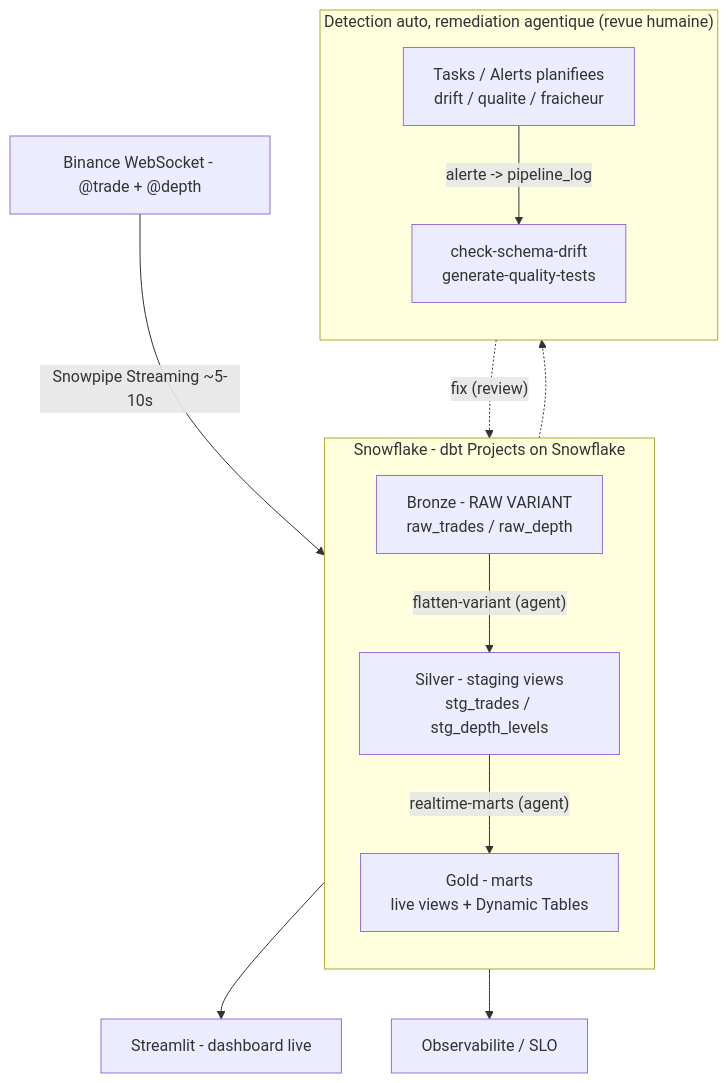
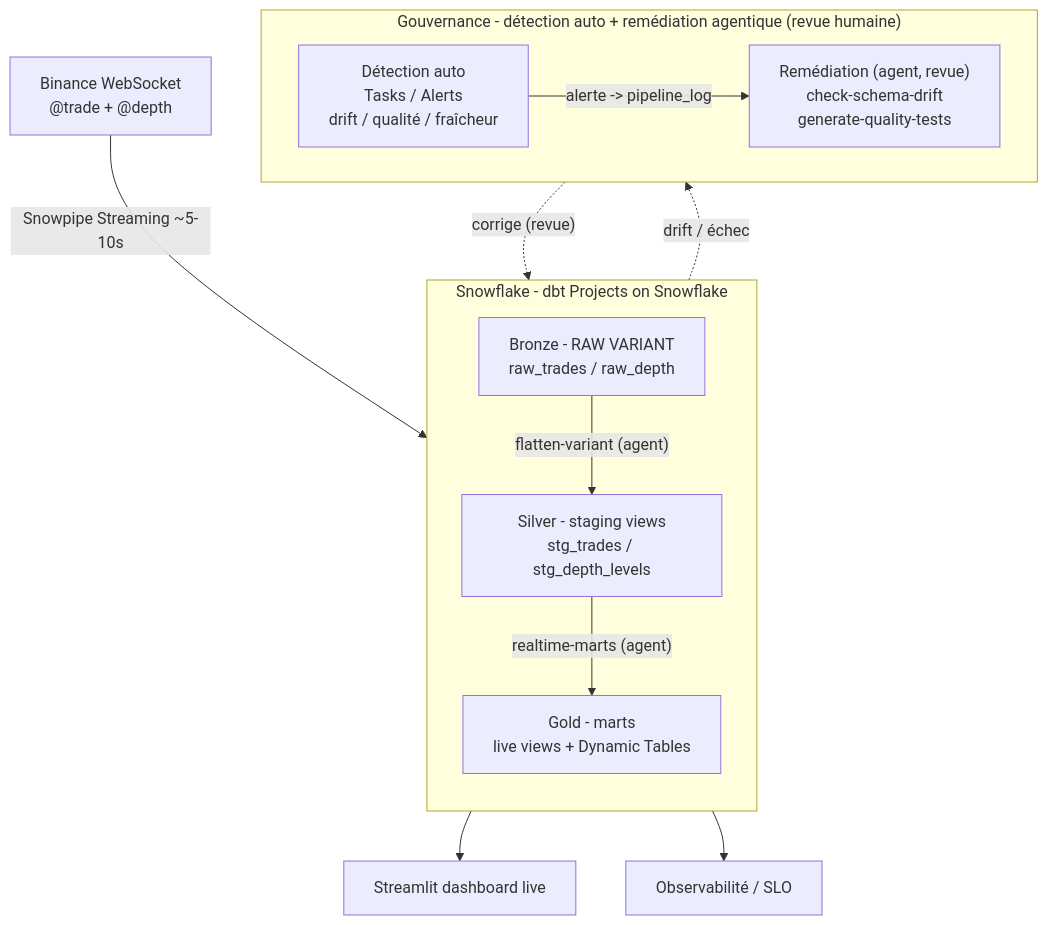
The diagram in README.md (Mo-oM-1/crypto-realtime-snowflake), drawn with Mermaid before and after one commit.

Commit message:
docs: diagramme - accents restaurés, cohérence du nommage

````diff
--- a/README.md
+++ b/README.md
@@ -32,23 +32,25 @@
 ```mermaid
 flowchart TB
-    BWS["Binance WebSocket - @trade + @depth"]
+    BWS["Binance WebSocket<br/>@trade + @depth"]
     BWS -->|"Snowpipe Streaming ~5-10s"| RAW
+
     subgraph SF["Snowflake - dbt Projects on Snowflake"]
         direction TB
         RAW["Bronze - RAW VARIANT<br/>raw_trades / raw_depth"]
         STG["Silver - staging views<br/>stg_trades / stg_depth_levels"]
         MARTS["Gold - marts<br/>live views + Dynamic Tables"]
         RAW -->|"flatten-variant (agent)"| STG
         STG -->|"realtime-marts (agent)"| MARTS
     end
-    MARTS --> DASH["Streamlit - dashboard live"]
-    MARTS --> OBS["Observabilite / SLO"]
-    subgraph GOV["Detection auto, remediation agentique (revue humaine)"]
-        direction TB
-        DET["Tasks / Alerts planifiees<br/>drift / qualite / fraicheur"]
-        REM["check-schema-drift<br/>generate-quality-tests"]
-        DET -->|"alerte -> pipeline_log"| REM
+
+    MARTS --> DASH["Streamlit dashboard live"]
+    MARTS --> OBS["Observabilité / SLO"]
+
+    subgraph GOV["Gouvernance - détection auto + remédiation agentique (revue humaine)"]
+        direction LR
+        DET["Détection auto<br/>Tasks / Alerts<br/>drift / qualité / fraîcheur"] -->|"alerte -> pipeline_log"| REM["Remédiation (agent, revue)<br/>check-schema-drift<br/>generate-quality-tests"]
     end
-    RAW -.-> DET
-    REM -.->|"fix (review)"| STG
+
+    SF -.->|"drift / échec"| GOV
+    GOV -.->|"corrige (revue)"| SF
 ```
````
